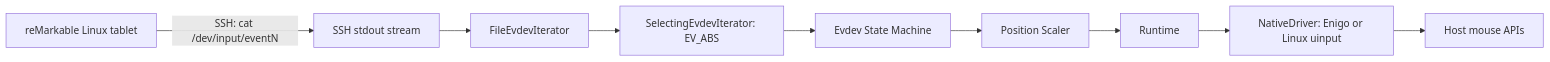
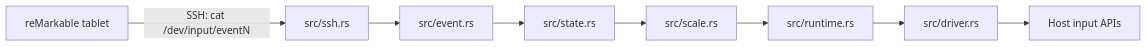
The diagram in obsidian-vault/Projects/reMouseable AI Handoff.md (fattminer/remouseable-rerusted), drawn with Mermaid before and after one commit. The commit also changed other lines of this file and 4 other files, not shown here.

````diff
--- a/obsidian-vault/Projects/reMouseable AI Handoff.md
+++ b/obsidian-vault/Projects/reMouseable AI Handoff.md
@@ -112,11 +165,10 @@
 ```mermaid
 flowchart LR
-    Tablet["reMarkable Linux tablet"] -->|"SSH: cat /dev/input/eventN"| SSH["SSH stdout stream"]
-    SSH --> Parser["FileEvdevIterator"]
-    Parser --> Filter["SelectingEvdevIterator: EV_ABS"]
-    Filter --> State["Evdev State Machine"]
-    State --> Scale["Position Scaler"]
-    Scale --> Runtime["Runtime"]
-    Runtime --> Driver["NativeDriver: Enigo or Linux uinput"]
-    Driver --> Host["Host mouse APIs"]
+    Tablet["reMarkable tablet"] -->|"SSH: cat /dev/input/eventN"| SSH["src/ssh.rs"]
+    SSH --> Parser["src/event.rs"]
+    Parser --> State["src/state.rs"]
+    State --> Scale["src/scale.rs"]
+    Scale --> Runtime["src/runtime.rs"]
+    Runtime --> Driver["src/driver.rs"]
+    Driver --> Host["Host input APIs"]
 ```
````
